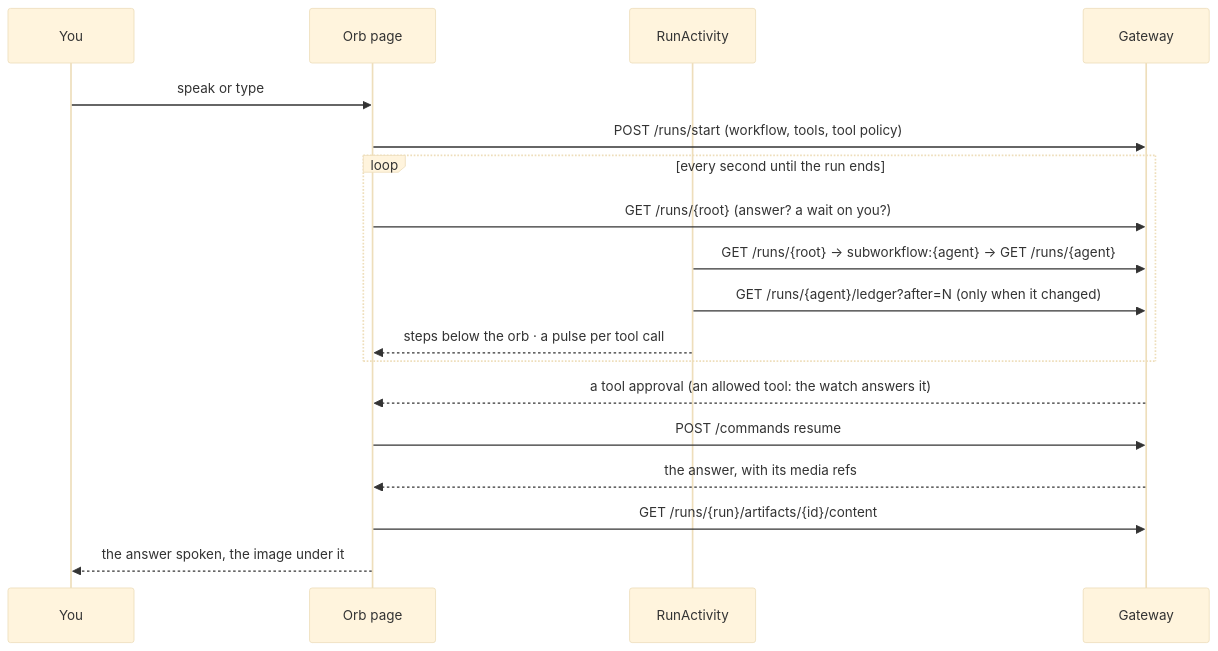
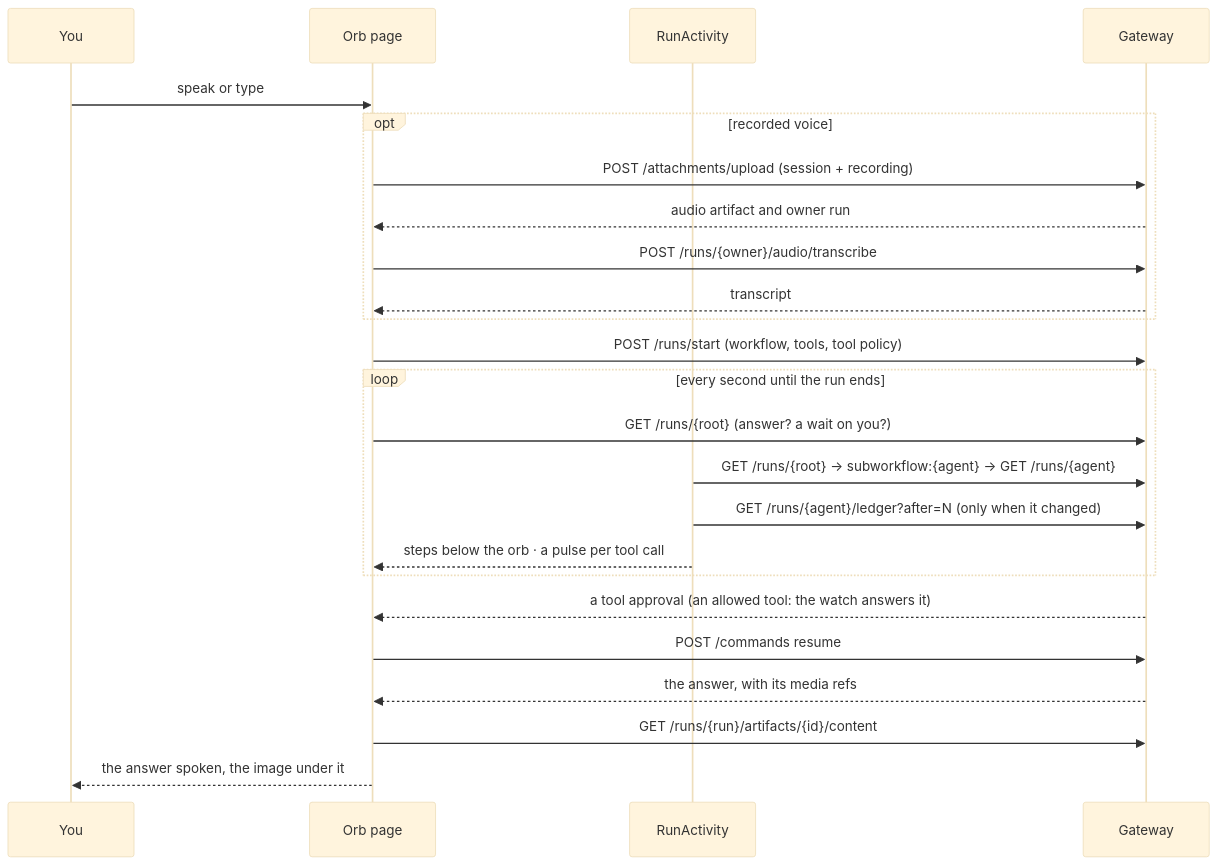
Before and after one commit to lpalbou/AbstractAssistant: the second of 2 diagrams in watch/apple/docs/architecture.md, drawn with Mermaid (base theme). The commit also changed other lines of this file and 3 other files, not shown here.

````diff
--- a/watch/apple/docs/architecture.md
+++ b/watch/apple/docs/architecture.md
@@ -60,20 +60,26 @@
 ```mermaid
 sequenceDiagram
   participant You
   participant Orb as Orb page
   participant RA as RunActivity
   participant GW as Gateway
   You->>Orb: speak or type
+  opt recorded voice
+    Orb->>GW: POST /attachments/upload (session + recording)
+    GW-->>Orb: audio artifact and owner run
+    Orb->>GW: POST /runs/{owner}/audio/transcribe
+    GW-->>Orb: transcript
+  end
   Orb->>GW: POST /runs/start (workflow, tools, tool policy)
   loop every second until the run ends
     Orb->>GW: GET /runs/{root} (answer? a wait on you?)
     RA->>GW: GET /runs/{root} → subworkflow:{agent} → GET /runs/{agent}
     RA->>GW: GET /runs/{agent}/ledger?after=N (only when it changed)
     RA-->>Orb: steps below the orb · a pulse per tool call
   end
   GW-->>Orb: a tool approval (an allowed tool: the watch answers it)
   Orb->>GW: POST /commands resume
   GW-->>Orb: the answer, with its media refs
   Orb->>GW: GET /runs/{run}/artifacts/{id}/content
   Orb-->>You: the answer spoken, the image under it
 ```
````
